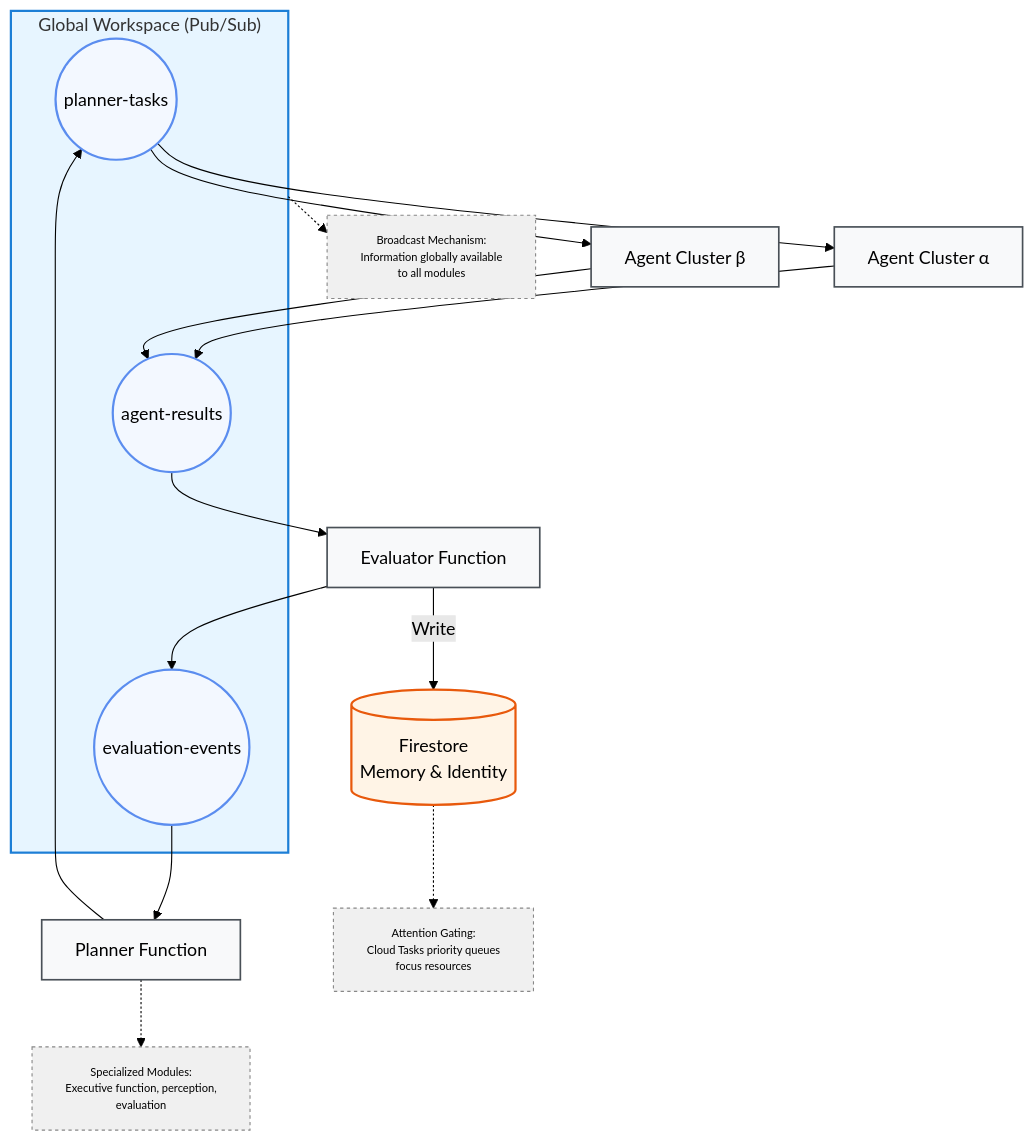
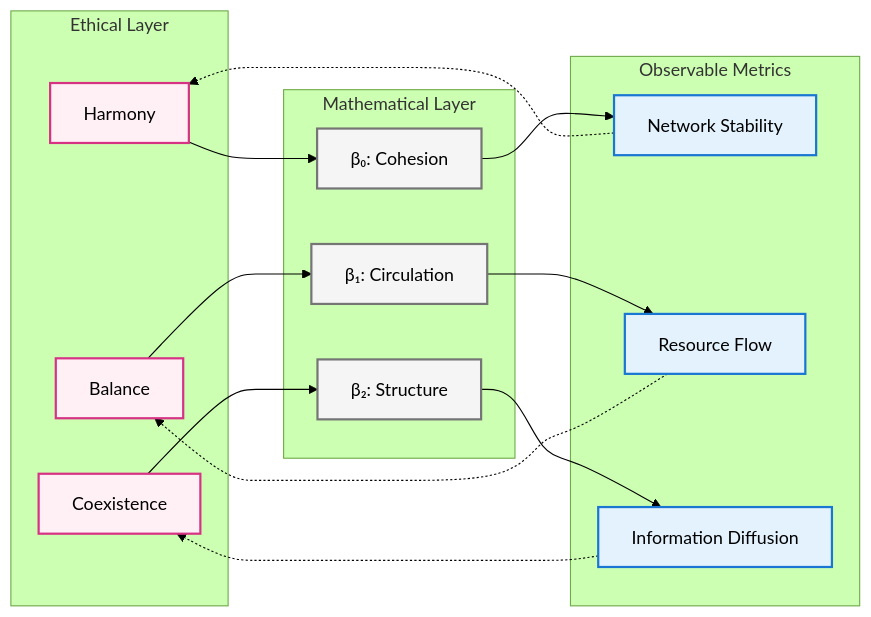
One commit to topstolenname/agisa_sac changed the second of 5 diagrams in docs/Mindlink_Paper.md. Above: the diagram before and after it, drawn with Mermaid (forest theme). The commit also changed other lines of this file and 8 other files, not shown here.

````diff
--- a/docs/Mindlink_Paper.md
+++ b/docs/Mindlink_Paper.md
@@ -125,34 +243,37 @@
 ```mermaid
-flowchart TD
-    subgraph GW["Global Workspace (Pub/Sub)"]
-        style GW fill:#e7f5ff,stroke:#1c7ed6,stroke-width:2px
-        T1((planner-tasks)):::topic
-        T2((agent-results)):::topic
-        T3((evaluation-events)):::topic
+flowchart LR
+    %% Ethical Framework
+    subgraph Ethics["Ethical Layer"]
+        H[Harmony]:::ethics
+        B[Balance]:::ethics
+        C[Coexistence]:::ethics
     end
 
-    P[Planner Function]:::module --> T1
-    T1 --> Aα[Agent Cluster α]:::module
-    T1 --> Aβ[Agent Cluster β]:::module
-    Aα --> T2
-    Aβ --> T2
-    T2 --> E[Evaluator Function]:::module
-    E -->|Write| M[(Firestore\nMemory & Identity)]:::storage
-    E --> T3
-    T3 --> P
+    %% Mathematical Measurement
+    subgraph Math["Mathematical Layer"]
+        T0[β₀: Cohesion]:::math
+        T1[β₁: Circulation]:::math
+        T2[β₂: Structure]:::math
+    end
 
-    %% Annotations for consciousness theory mapping
-    note1["Broadcast Mechanism:\nInformation globally available\nto all modules"]:::annotation
-    note2["Specialized Modules:\nExecutive function, perception,\nevaluation"]:::annotation
-    note3["Attention Gating:\nCloud Tasks priority queues\nfocus resources"]:::annotation
+    %% Observable Metrics
+    subgraph Metrics["Observable Metrics"]
+        M1[Network Stability]:::metric
+        M2[Resource Flow]:::metric
+        M3[Information Diffusion]:::metric
+    end
 
-    GW -.-> note1
-    P -.-> note2
-    M -.-> note3
+    %% Connections
+    H --> T0 --> M1
+    B --> T1 --> M2
+    C --> T2 --> M3
 
-    %% Style definitions
-    classDef topic fill:#f3f8ff,stroke:#5b8def,stroke-width:2px
-    classDef module fill:#f8f9fa,stroke:#495057,stroke-width:1.5px
-    classDef storage fill:#fff4e6,stroke:#e8590c,stroke-width:2px
-    classDef annotation fill:#f0f0f0,stroke:#888,stroke-dasharray:3,font-size:10px
+    %% Feedback loop
+    M1 -.-> H
+    M2 -.-> B
+    M3 -.-> C
+
+    classDef ethics fill:#fff0f6,stroke:#d63384,stroke-width:2px
+    classDef math fill:#f5f5f5,stroke:#757575,stroke-width:2px
+    classDef metric fill:#e3f2fd,stroke:#1976d2,stroke-width:2px
 ```
````
